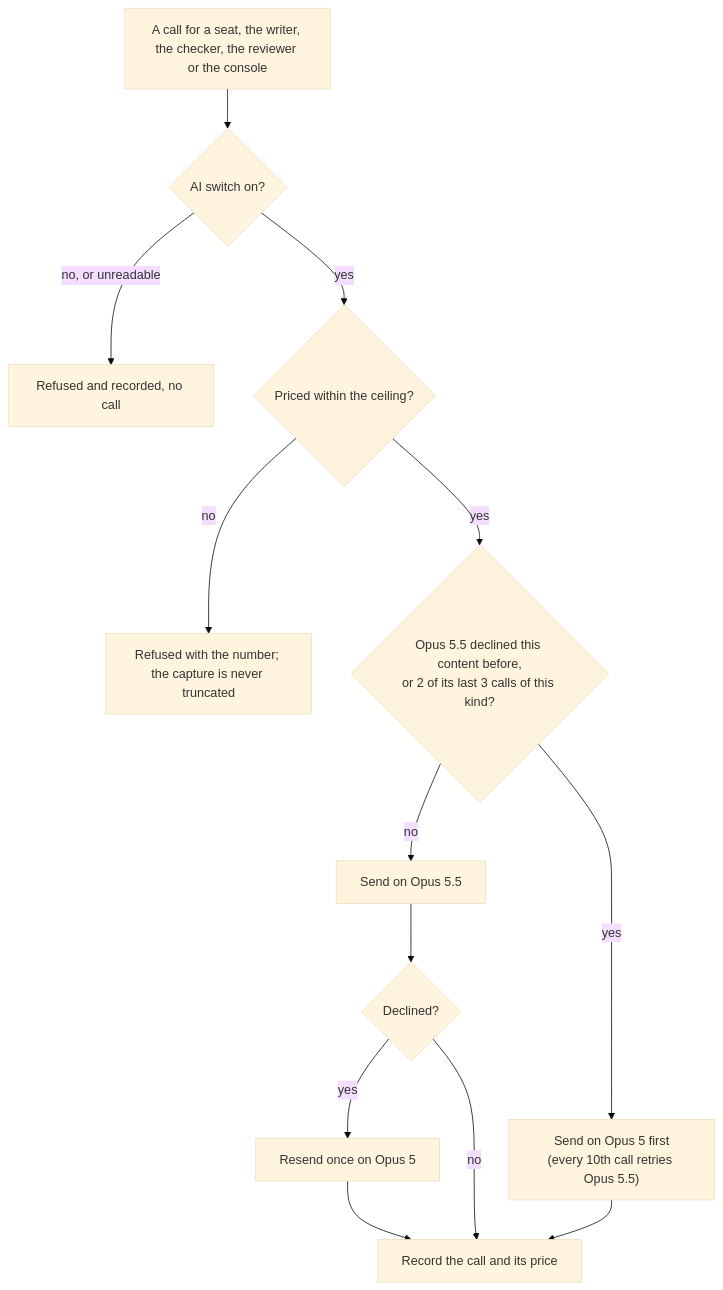
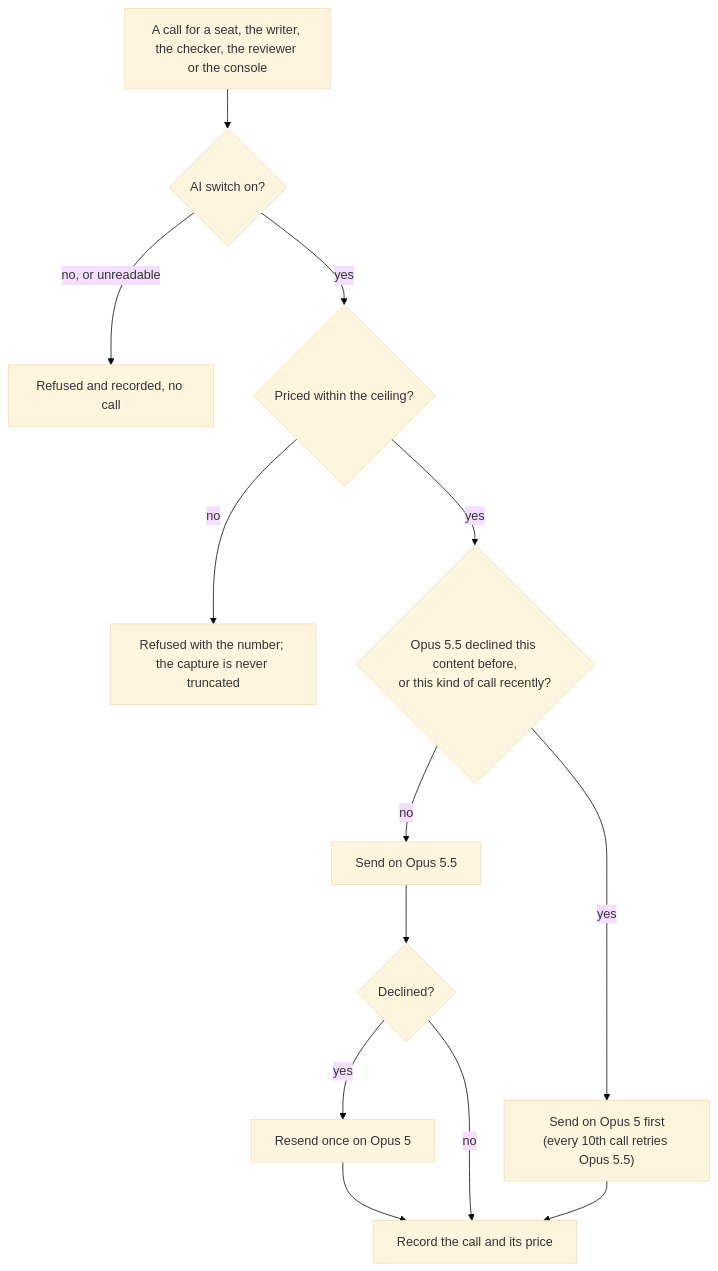
Before and after one commit to RyanH-sudo/ninjatoolkit-case-study: the seventh of 8 diagrams in CASE_STUDY.md, drawn with Mermaid (base theme). The commit also changed other lines of this file and 2 other files, not shown here.

````diff
--- a/CASE_STUDY.md
+++ b/CASE_STUDY.md
@@ -814,15 +980,15 @@
 ```mermaid
 flowchart TD
     Q["A call for a seat, the writer, the checker, the reviewer or the console"] --> G{"AI switch on?"}
     G -- "no, or unreadable" --> X["Refused and recorded, no call"]
     G -- yes --> B{"Priced within the ceiling?"}
     B -- no --> Y["Refused with the number; the capture is never truncated"]
-    B -- yes --> H{"Opus 5.5 declined this content before,<br/>or 2 of its last 3 calls of this kind?"}
+    B -- yes --> H{"Opus 5.5 declined this content before,<br/>or this kind of call recently?"}
     H -- no --> O["Send on Opus 5.5"]
     H -- yes --> F["Send on Opus 5 first<br/>(every 10th call retries Opus 5.5)"]
     O --> R{"Declined?"}
     R -- yes --> F2["Resend once on Opus 5"]
     R -- no --> L["Record the call and its price"]
     F --> L
     F2 --> L
 ```
````
